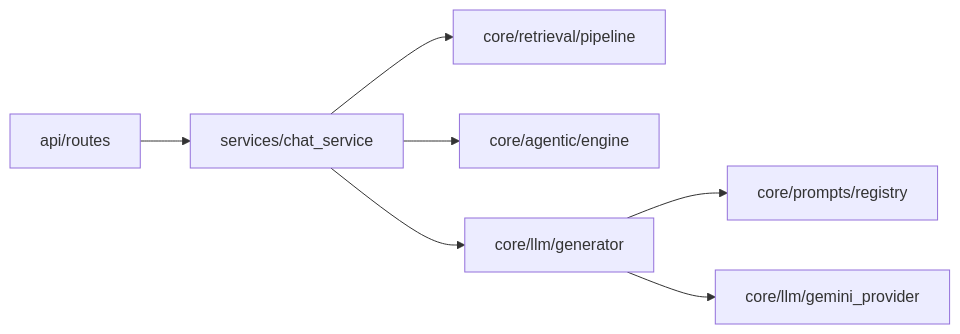
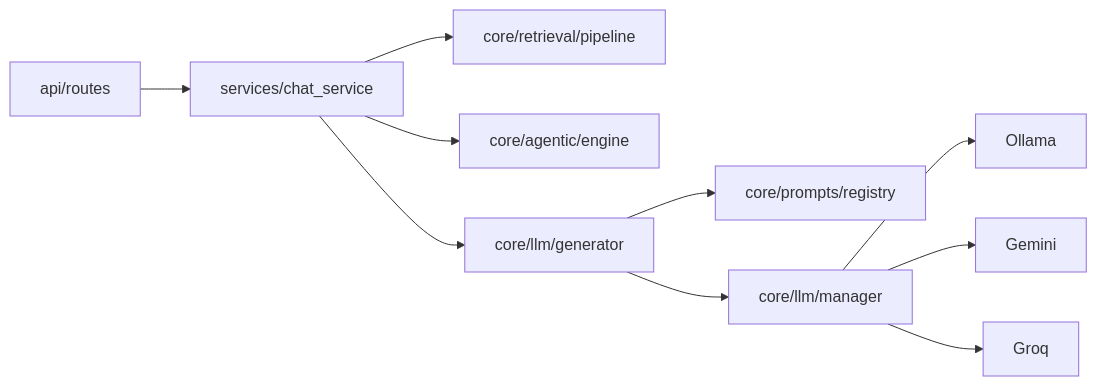
The first of 2 diagrams in docs/technical_guide.md (Mike0165115321/BookMind), drawn with Mermaid before and after one commit. The commit also changed other lines of this file and 2 other files, not shown here.

````diff
--- a/docs/technical_guide.md
+++ b/docs/technical_guide.md
@@ -684,9 +691,12 @@
 ```mermaid
 graph LR
     API[api/routes] --> SERVICE[services/chat_service]
     SERVICE --> RETRIEVAL[core/retrieval/pipeline]
     SERVICE --> AGENTIC[core/agentic/engine]
     SERVICE --> GENERATOR[core/llm/generator]
     GENERATOR --> PROMPT[core/prompts/registry]
-    GENERATOR --> PROVIDER[core/llm/gemini_provider]
+    GENERATOR --> MANAGER[core/llm/manager]
+    MANAGER --> OLLAMA[Ollama]
+    MANAGER --> GEMINI[Gemini]
+    MANAGER --> GROQ[Groq]
 ```
````
